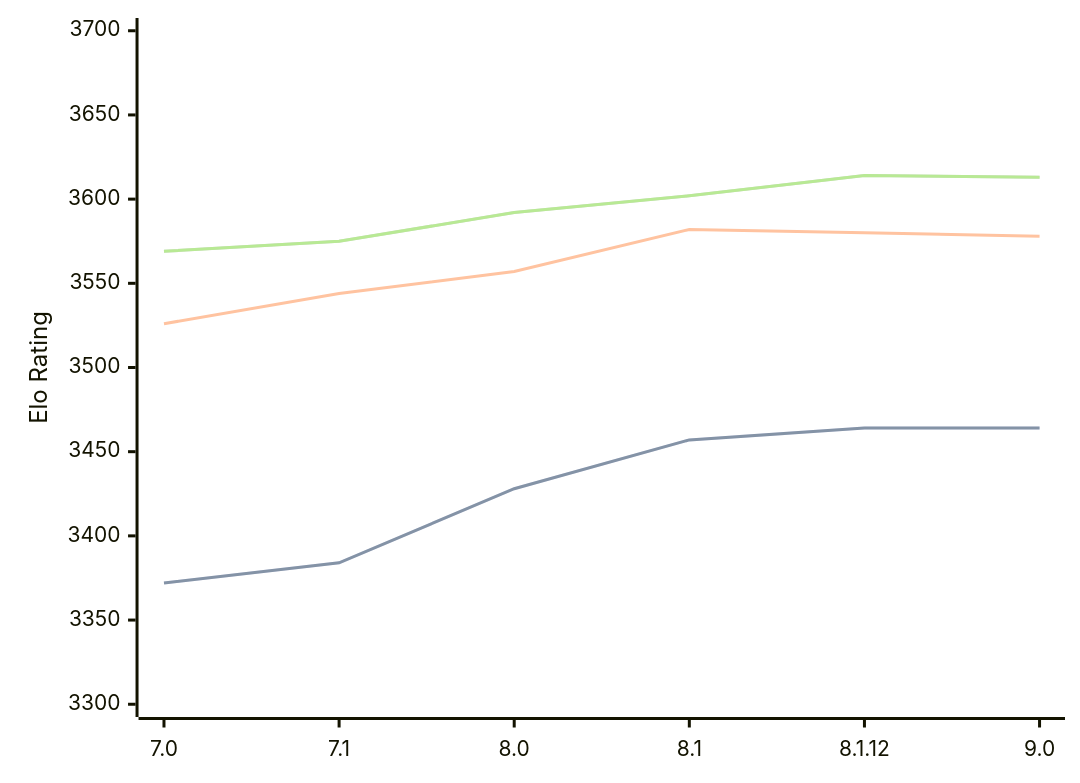
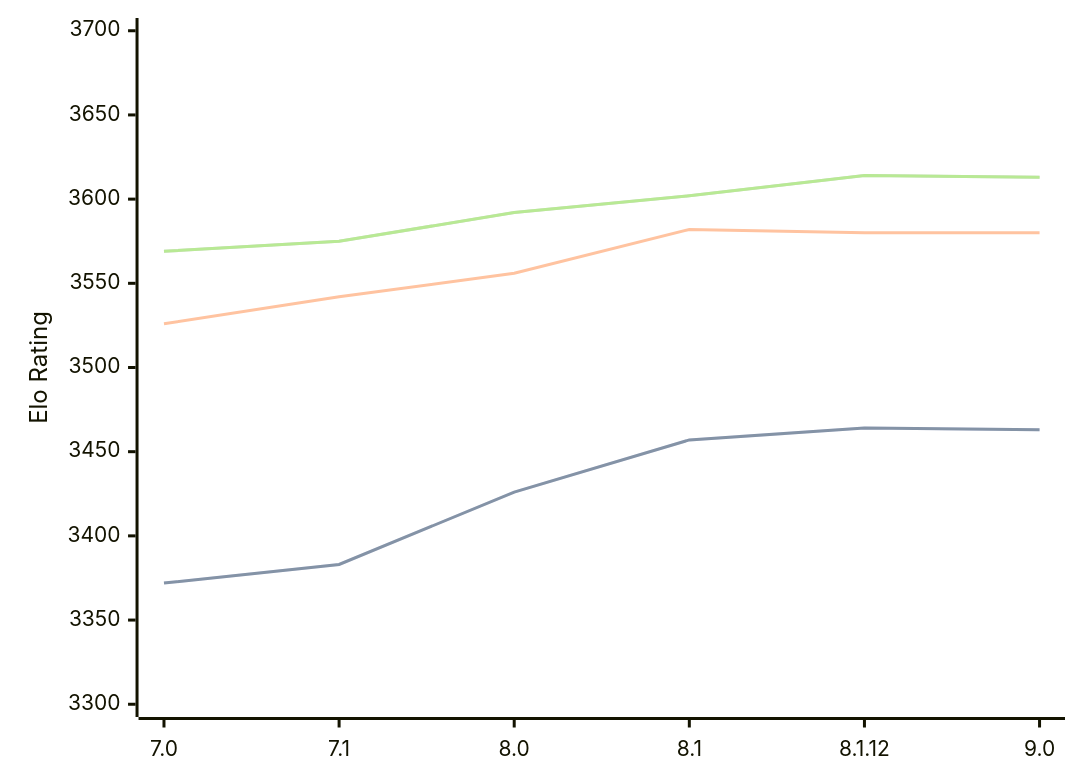
The diagram in engines/Alexandria.md (computer-chess-index/cci), drawn with Mermaid before and after one commit. The commit also changed other lines of this file, not shown here.

````diff
--- a/engines/Alexandria.md
+++ b/engines/Alexandria.md
@@ -55,11 +55,11 @@
 ```mermaid
 %%{init: {"theme":"base","themeVariables":{"seriesColors:['#a3a3a3','#222221','#faa371']}}}%%
 xychart-beta
   x-axis ["7.0", "7.1", "8.0", "8.1", "8.1.12", "9.0"]
   y-axis "Elo Rating" 3300 --> 3700
-  line "STC (8.0+0.08s)" [3372, 3384, 3428, 3457, 3464, 3464]
-  line "STC (8.0+0.08s)" [3372, 3384, 3428, 3457, 3464, 3464]
-  line "LTC (60.0+0.60s)" [3526, 3544, 3557, 3582, 3580, 3578]
+  line "STC (8.0+0.08s)" [3372, 3383, 3426, 3457, 3464, 3463]
+  line "STC (8.0+0.08s)" [3372, 3383, 3426, 3457, 3464, 3463]
+  line "LTC (60.0+0.60s)" [3526, 3542, 3556, 3582, 3580, 3580]
   line "VLTC (2m24s+1.12s)" [3569, 3575, 3592, 3602, 3614, 3613]
   line "VLTC (2m24s+1.12s)" [3569, 3575, 3592, 3602, 3614, 3613]
 ```
````
